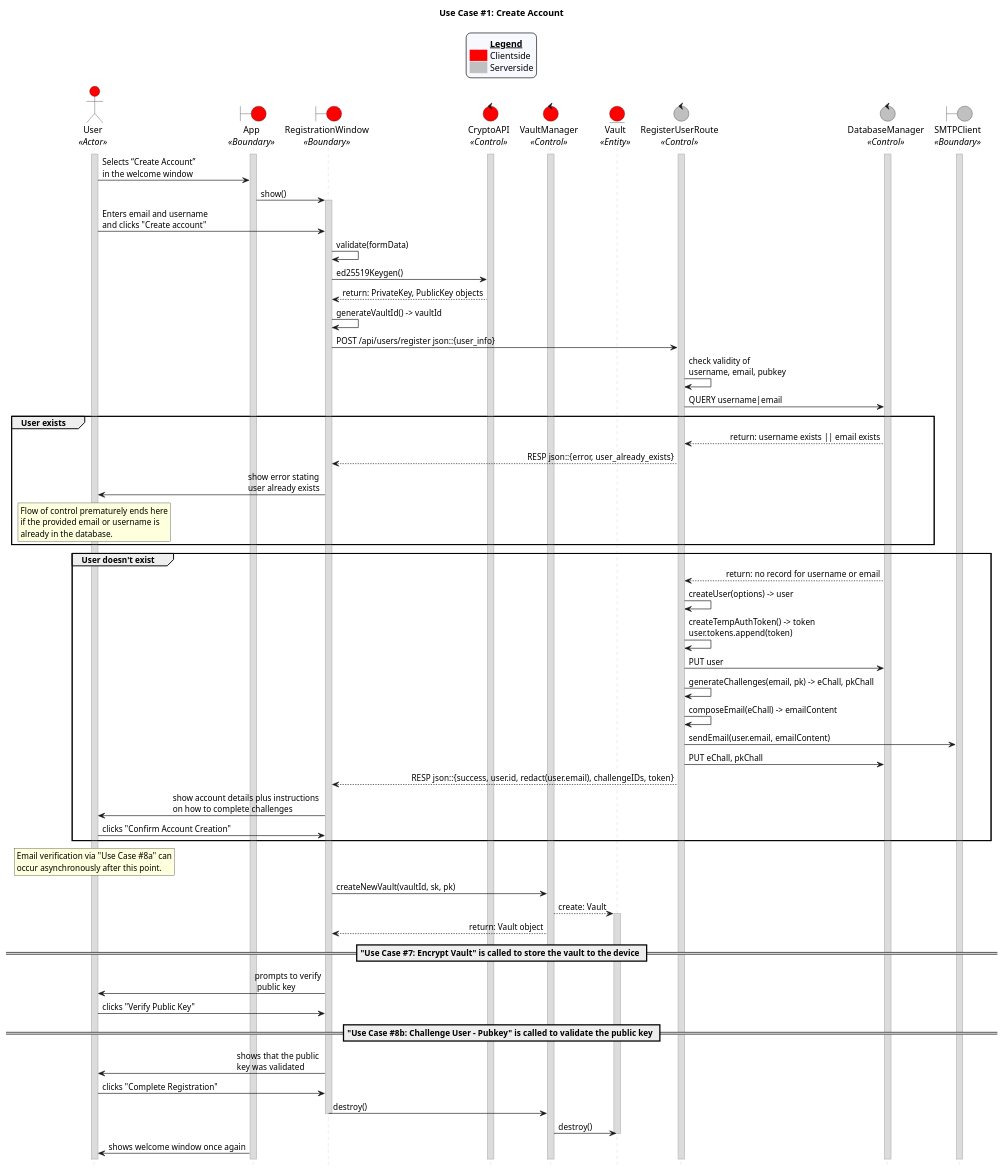
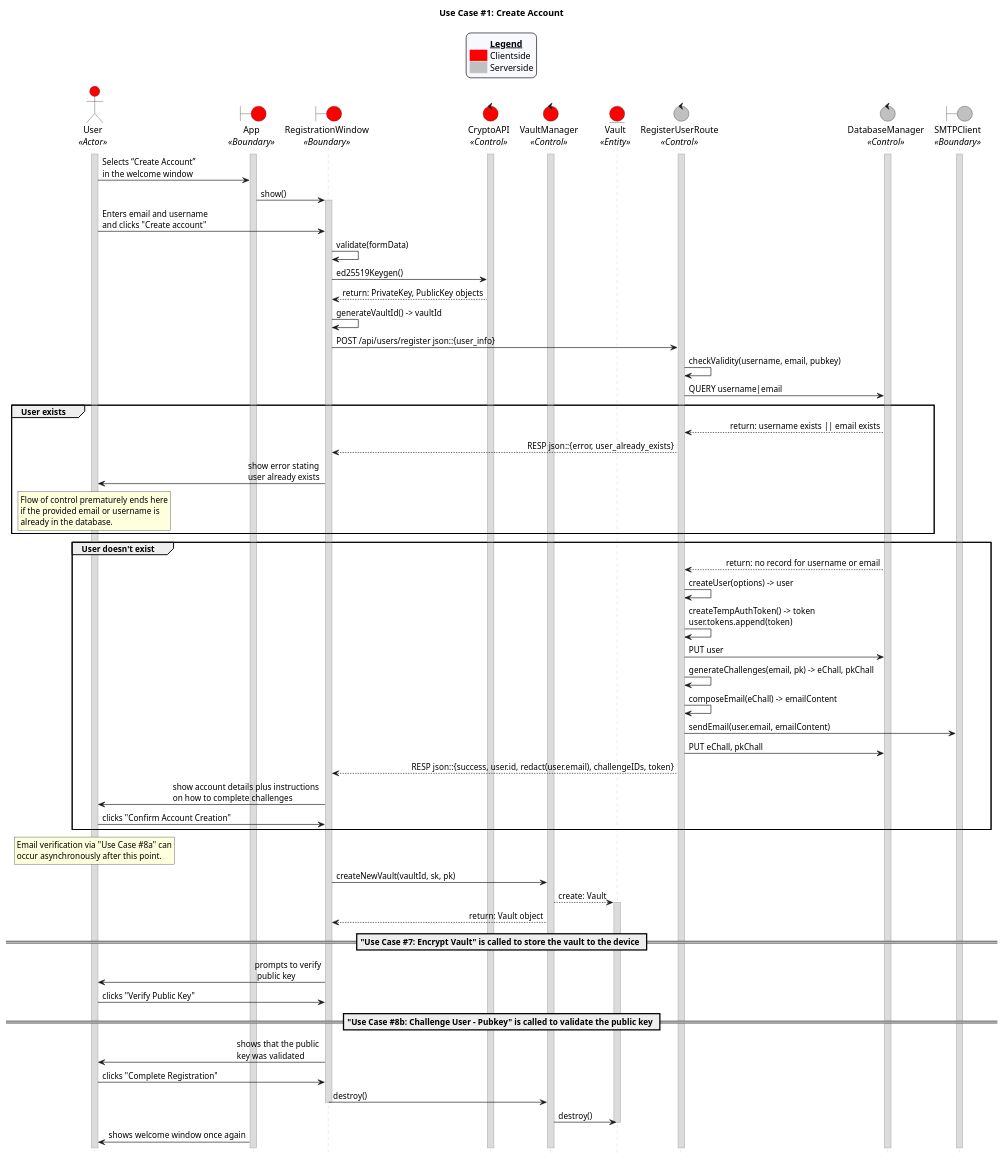
One commit to CECS-491-SP24-Group-1/seq-diagrams changed the diagram in uc_01.puml. Above: the diagram before and after it, drawn with PlantUML.

Commit message:
Update uc1

```diff
--- a/uc_01.puml
+++ b/uc_01.puml
@@ -1,131 +1,131 @@
 @startuml uc01
 title "Use Case #1: Create Account"
 
 
 'Styling goes here
 hide footbox
 skinparam stereotypePosition bottom
 skinparam sequenceMessageAlign direction
 skinparam sequence {
 	LifeLineBorderColor #Silver
 	LifeLineBackgroundColor #Gainsboro
 }
 
 'Add a legend plus styling
 skinparam legend {
 	backgroundColor #GhostWhite
 	entrySeparator #GhostWhite
 }
 
 legend top
 	<#GhostWhite,#GhostWhite>|	|= __Legend__ |
 	|<#red> | Clientside|
 	|<#silver> | Serverside|
 endlegend
 
 'Setup the objects involved here
 actor User as u <<Actor>> #red
 boundary App as a <<Boundary>> #red
 boundary RegistrationWindow as rw <<Boundary>> #red
 control CryptoAPI as ca <<Control>> #red
 control VaultManager as vm <<Control>> #red
 entity Vault as v <<Entity>> #red
 control RegisterUserRoute as rur <<Control>> #silver
 control DatabaseManager as db <<Control>> #silver
 boundary SMTPClient as sc <<Boundary>> #silver
 
 'Setup persistent objects here
 activate u 
 activate a
 activate ca
 activate vm
 activate rur
 activate db
 activate sc
 
 '--- FLOW OF CONTROL STARTS HERE ---
 'User selects “Create Account” on the front page.
 u -> a: Selects “Create Account” \nin the welcome window
 
 'System shows a form to create the account.
 a -> rw: show()
 activate rw
 
 'User enters email address, username. User clicks “Create Account” button.
 u -> rw: Enters email and username \nand clicks "Create account"
 rw -> rw: validate(formData)
 
 'User’s device generates a UUID for the user and vault, timestamp, crypto key pair, and an identifier for the vault.
 rw -> ca: ed25519Keygen()
 ca --> rw: return: PrivateKey, PublicKey objects
 rw -> rw: generateVaultId() -> vaultId
 
 'User’s device sends the UUID of the user, timestamp, and generated public key to the server. The private key stays on the device for security reasons (CRITICAL).
 rw -> rur: POST /api/users/register json::{user_info}
 
 'Server checks if the account already exists
-rur -> rur: check validity of \nusername, email, pubkey
+rur -> rur: checkValidity(username, email, pubkey)
 rur -> db: QUERY username|email
 
 group User exists
 	db --> rur: return: username exists || email exists
 	rur --> rw: RESP json::{error, user_already_exists}
 	rw -> u: show error stating \nuser already exists
 	rnote over u
 	Flow of control prematurely ends here
 	if the provided email or username is
 	already in the database.
 	endrnote
 end
 
 group User doesn't exist
 	'Server creates the user and issues a temporary access token
 	db --> rur: return: no record for username or email
 	rur -> rur: createUser(options) -> user
 	rur -> rur: createTempAuthToken() -> token \nuser.tokens.append(token)
 	rur -> db: PUT user
 	rur -> rur: generateChallenges(email, pk) -> eChall, pkChall
 
 	'Server sends an email to the user to confirm creation of the account.
 	rur -> rur: composeEmail(eChall) -> emailContent
 	rur -> sc: sendEmail(user.email, emailContent)
 	rur -> db: PUT eChall, pkChall
 
 	'Server sends the response back and it's confirmed.
 	rur --> rw: RESP json::{success, user.id, redact(user.email), challengeIDs, token}
 	rw -> u: show account details plus instructions \non how to complete challenges
 	u -> rw: clicks "Confirm Account Creation"
 end
 
 rnote over u
 Email verification via "Use Case #8a" can
 occur asynchronously after this point.
 endrnote
 
 'User’s device creates a vault with the details provided by the user and the data that was generated.
 rw -> vm: createNewVault(vaultId, sk, pk)
 vm --> v: create: Vault
 activate v
 vm --> rw: return: Vault object
 
 == "Use Case #7: Encrypt Vault" is called to store the vault to the device ==
 
 'User begins the challenge process
 rw -> u: prompts to verify\n public key
 u -> rw: clicks "Verify Public Key"
 
 == "Use Case #8b: Challenge User - Pubkey" is called to validate the public key ==
 
 'In-app challenges are completed
 rw -> u: shows that the public \nkey was validated
 u -> rw: clicks "Complete Registration"
 rw -> vm: destroy()
 deactivate rw
 vm -> v: destroy()
 deactivate v
 
 'Cleanup
 a -> u: shows welcome window once again
 '--- FLOW OF CONTROL ENDS HERE   ---
 
 @enduml
```
